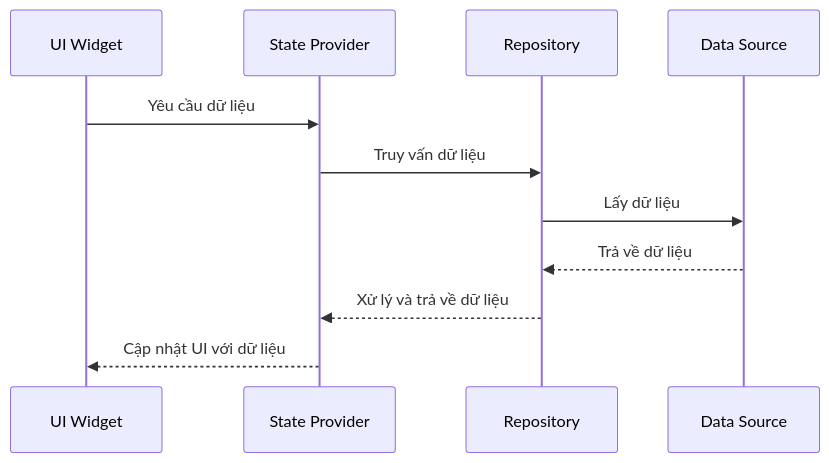
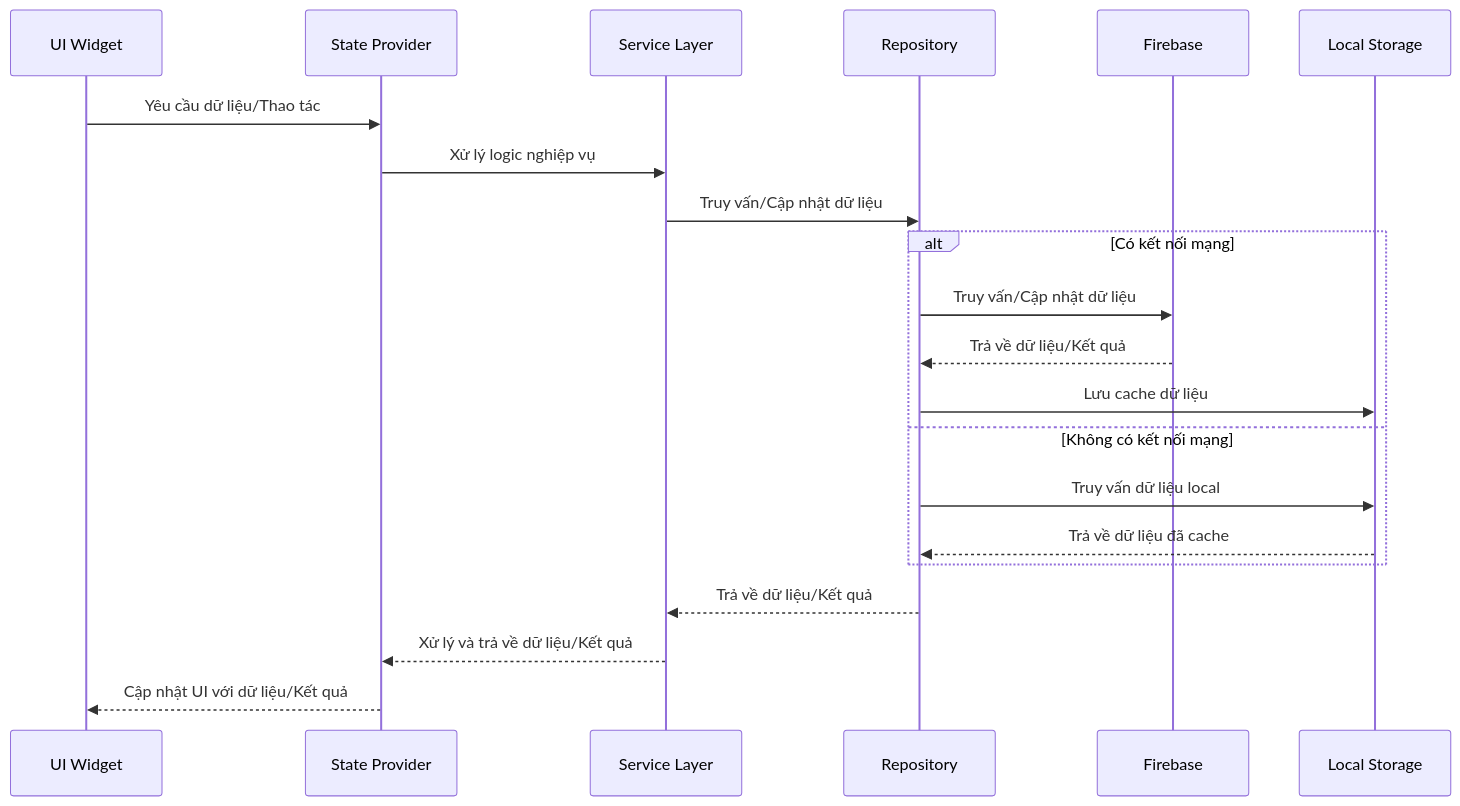
Before and after one commit to HuyDinhamI/SmartFengShuiApp: the second of 3 diagrams in memory-bank/systemPatterns.md, drawn with Mermaid. The commit also changed other lines of this file and 38 other files, not shown here.

````diff
--- a/memory-bank/systemPatterns.md
+++ b/memory-bank/systemPatterns.md
@@ -75,14 +202,26 @@
 ```mermaid
 sequenceDiagram
     participant UI as UI Widget
     participant Provider as State Provider
+    participant Service as Service Layer
     participant Repository as Repository
-    participant DataSource as Data Source
+    participant Firebase as Firebase
+    participant LocalDB as Local Storage
     
-    UI->>Provider: Yêu cầu dữ liệu
-    Provider->>Repository: Truy vấn dữ liệu
-    Repository->>DataSource: Lấy dữ liệu
-    DataSource-->>Repository: Trả về dữ liệu
-    Repository-->>Provider: Xử lý và trả về dữ liệu
-    Provider-->>UI: Cập nhật UI với dữ liệu
+    UI->>Provider: Yêu cầu dữ liệu/Thao tác
+    Provider->>Service: Xử lý logic nghiệp vụ
+    Service->>Repository: Truy vấn/Cập nhật dữ liệu
+    
+    alt Có kết nối mạng
+        Repository->>Firebase: Truy vấn/Cập nhật dữ liệu
+        Firebase-->>Repository: Trả về dữ liệu/Kết quả
+        Repository->>LocalDB: Lưu cache dữ liệu
+    else Không có kết nối mạng
+        Repository->>LocalDB: Truy vấn dữ liệu local
+        LocalDB-->>Repository: Trả về dữ liệu đã cache
+    end
+    
+    Repository-->>Service: Trả về dữ liệu/Kết quả
+    Service-->>Provider: Xử lý và trả về dữ liệu/Kết quả
+    Provider-->>UI: Cập nhật UI với dữ liệu/Kết quả
 ```
````
